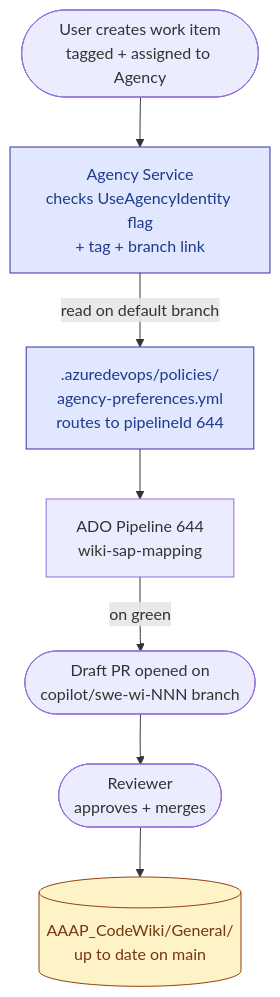
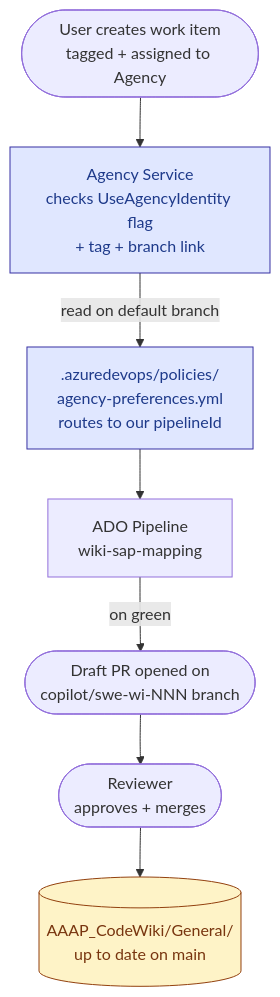
One commit to MSNina123456/wiki-sap-mapping changed the first of 2 diagrams in README.md. Above: the diagram before and after it, drawn with Mermaid. The commit also changed other lines of this file, not shown here.

````diff
--- a/README.md
+++ b/README.md
@@ -63,21 +64,21 @@
 ```mermaid
 flowchart TD
   U([User creates work item<br/>tagged + assigned to Agency])
   AS[Agency Service<br/>checks UseAgencyIdentity flag<br/>+ tag + branch link]
-  AP[".azuredevops/policies/<br/>agency-preferences.yml<br/>routes to pipelineId 644"]
-  PIPE[ADO Pipeline 644<br/>wiki-sap-mapping]
+  AP[".azuredevops/policies/<br/>agency-preferences.yml<br/>routes to our pipelineId"]
+  PIPE[ADO Pipeline<br/>wiki-sap-mapping]
   PR([Draft PR opened on<br/>copilot/swe-wi-NNN branch])
   REV([Reviewer<br/>approves + merges])
 
   U --> AS
   AS -->|read on default branch| AP
   AP --> PIPE
   PIPE -->|on green| PR
   PR --> REV
   REV --> WIKI[(AAAP_CodeWiki/General/<br/>up to date on main)]
 
   classDef external fill:#e0e7ff,stroke:#3730a3,color:#1e3a8a
   classDef artifact fill:#fef3c7,stroke:#92400e,color:#78350f
   class AS,AP external
   class WIKI artifact
 ```
````
